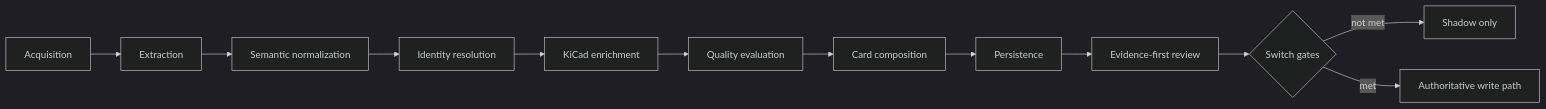
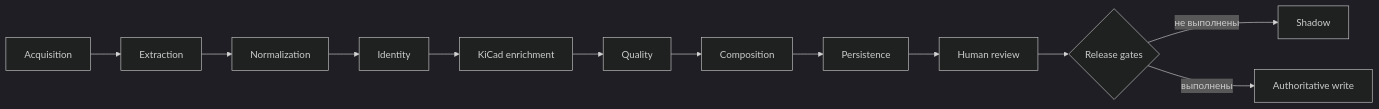
The diagram in docs/imports/ROADMAP.md (akiamuradev/arduino-component-knowledge-base), drawn with Mermaid (dark theme) before and after one commit. The commit also changed other lines of this file and 16 other files, not shown here.

````diff
--- a/docs/imports/ROADMAP.md
+++ b/docs/imports/ROADMAP.md
@@ -84,14 +21,14 @@
 ```mermaid
 flowchart LR
     A[Acquisition] --> E[Extraction]
-    E --> N[Semantic normalization]
-    N --> I[Identity resolution]
+    E --> N[Normalization]
+    N --> I[Identity]
     I --> K[KiCad enrichment]
-    K --> Q[Quality evaluation]
-    Q --> C[Card composition]
+    K --> Q[Quality]
+    Q --> C[Composition]
     C --> P[Persistence]
-    P --> R[Evidence-first review]
-    R --> G{Switch gates}
-    G -->|not met| S[Shadow only]
-    G -->|met| W[Authoritative write path]
+    P --> R[Human review]
+    R --> G{Release gates}
+    G -->|не выполнены| S[Shadow]
+    G -->|выполнены| W[Authoritative write]
 ```
````
